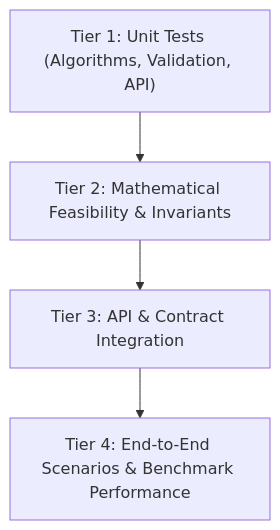
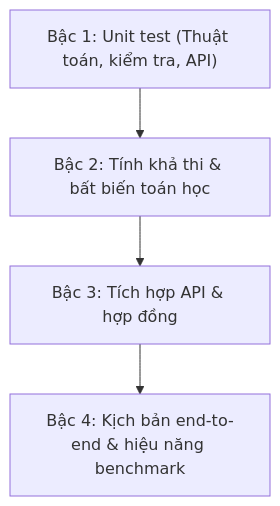
One commit to NTbankey1/LogiMind changed the diagram in docs/testing-strategy.md. Above: the diagram before and after it, drawn with Mermaid. The commit also changed other lines of this file and 23 other files, not shown here.

````diff
--- a/docs/testing-strategy.md
+++ b/docs/testing-strategy.md
@@ -48,8 +38,8 @@
 ```mermaid
 graph TD
-    T1["Tier 1: Unit Tests (Algorithms, Validation, API)"]
-    T2["Tier 2: Mathematical Feasibility & Invariants"]
-    T3["Tier 3: API & Contract Integration"]
-    T4["Tier 4: End-to-End Scenarios & Benchmark Performance"]
+    T1["Bậc 1: Unit test (Thuật toán, kiểm tra, API)"]
+    T2["Bậc 2: Tính khả thi & bất biến toán học"]
+    T3["Bậc 3: Tích hợp API & hợp đồng"]
+    T4["Bậc 4: Kịch bản end-to-end & hiệu năng benchmark"]
     T1 --> T2 --> T3 --> T4
 ```
````
